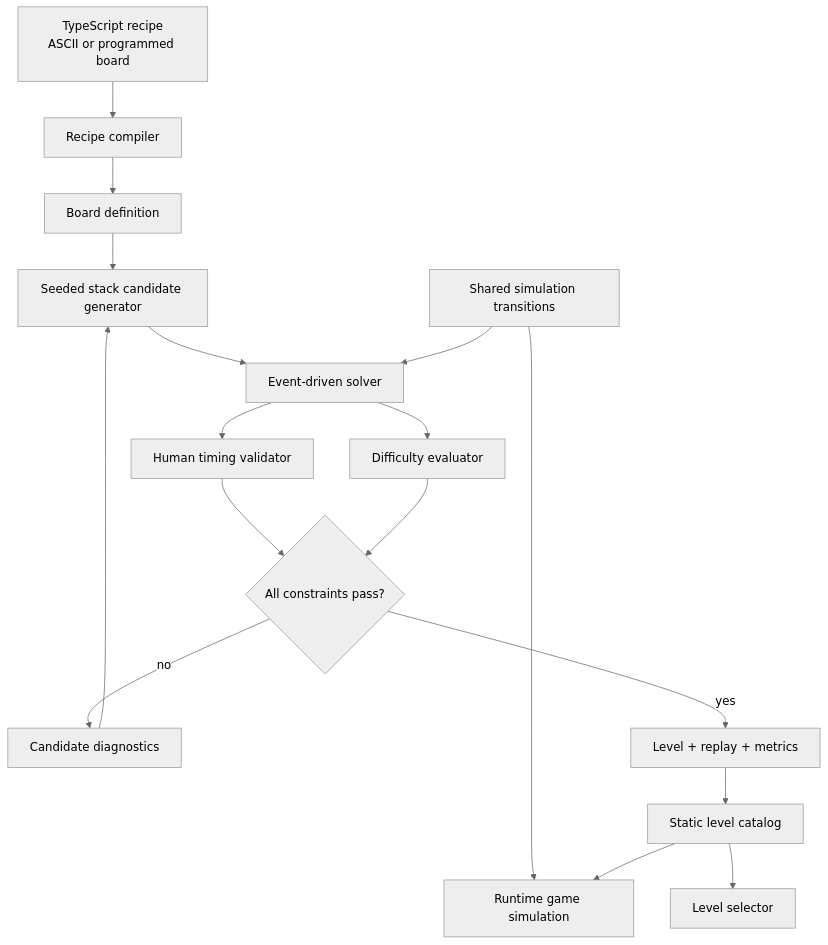
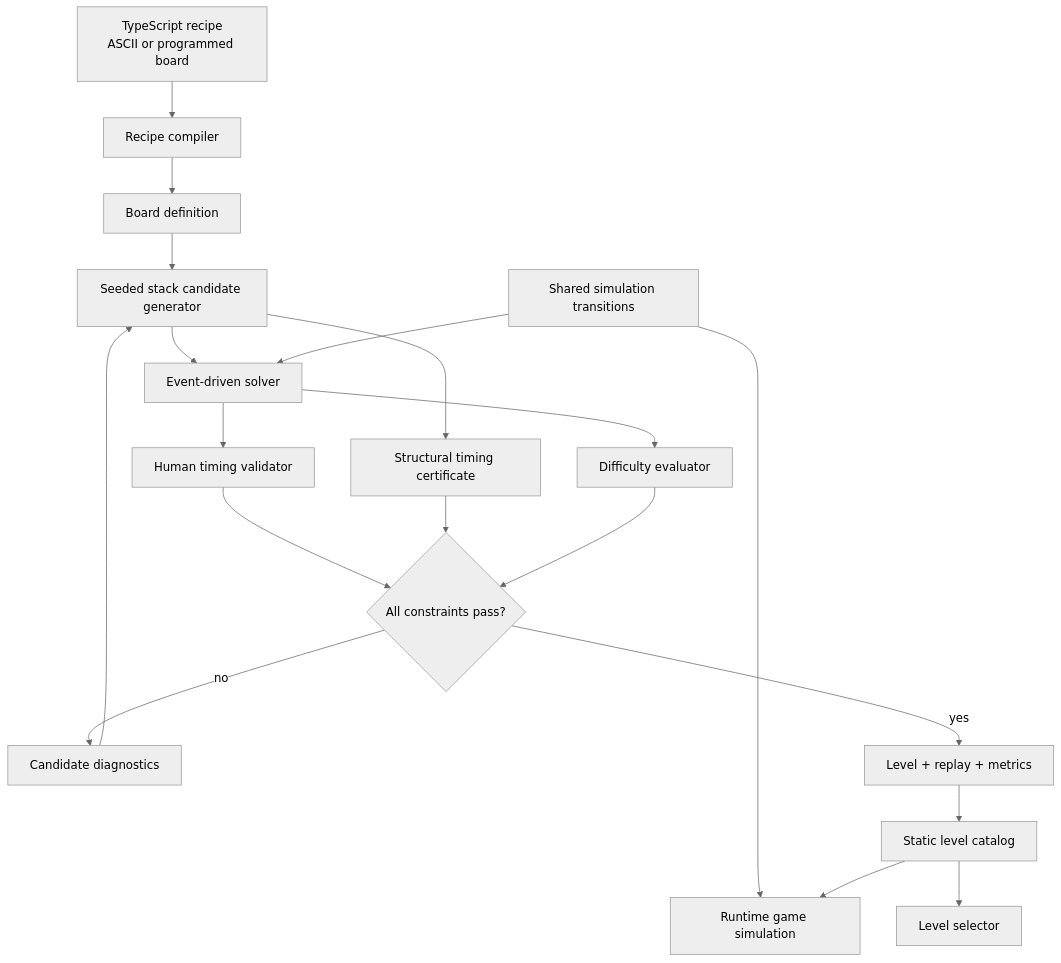
The diagram in docs/superpowers/specs/2026-09-03-level-generation-tooling-design.md (maximkoretskiy/pixel-flow), drawn with Mermaid (neutral theme) before and after one commit. The commit also changed other lines of this file and 4 other files, not shown here.

````diff
--- a/docs/superpowers/specs/2026-09-03-level-generation-tooling-design.md
+++ b/docs/superpowers/specs/2026-09-03-level-generation-tooling-design.md
@@ -92,19 +92,21 @@
 ```mermaid
 flowchart TD
     Recipe[TypeScript recipe\nASCII or programmed board] --> Compiler[Recipe compiler]
     Compiler --> Board[Board definition]
     Board --> Candidates[Seeded stack candidate generator]
     Candidates --> Solver[Event-driven solver]
     Rules[Shared simulation transitions] --> Solver
     Rules --> Runtime[Runtime game simulation]
     Solver --> Timing[Human timing validator]
+    Candidates --> Certificate[Structural timing certificate]
     Solver --> Difficulty[Difficulty evaluator]
     Timing --> Acceptance{All constraints pass?}
+    Certificate --> Acceptance
     Difficulty --> Acceptance
     Acceptance -->|no| Diagnostics[Candidate diagnostics]
     Diagnostics --> Candidates
     Acceptance -->|yes| Artifacts[Level + replay + metrics]
     Artifacts --> Catalog[Static level catalog]
     Catalog --> Runtime
     Catalog --> Selector[Level selector]
 ```
````
